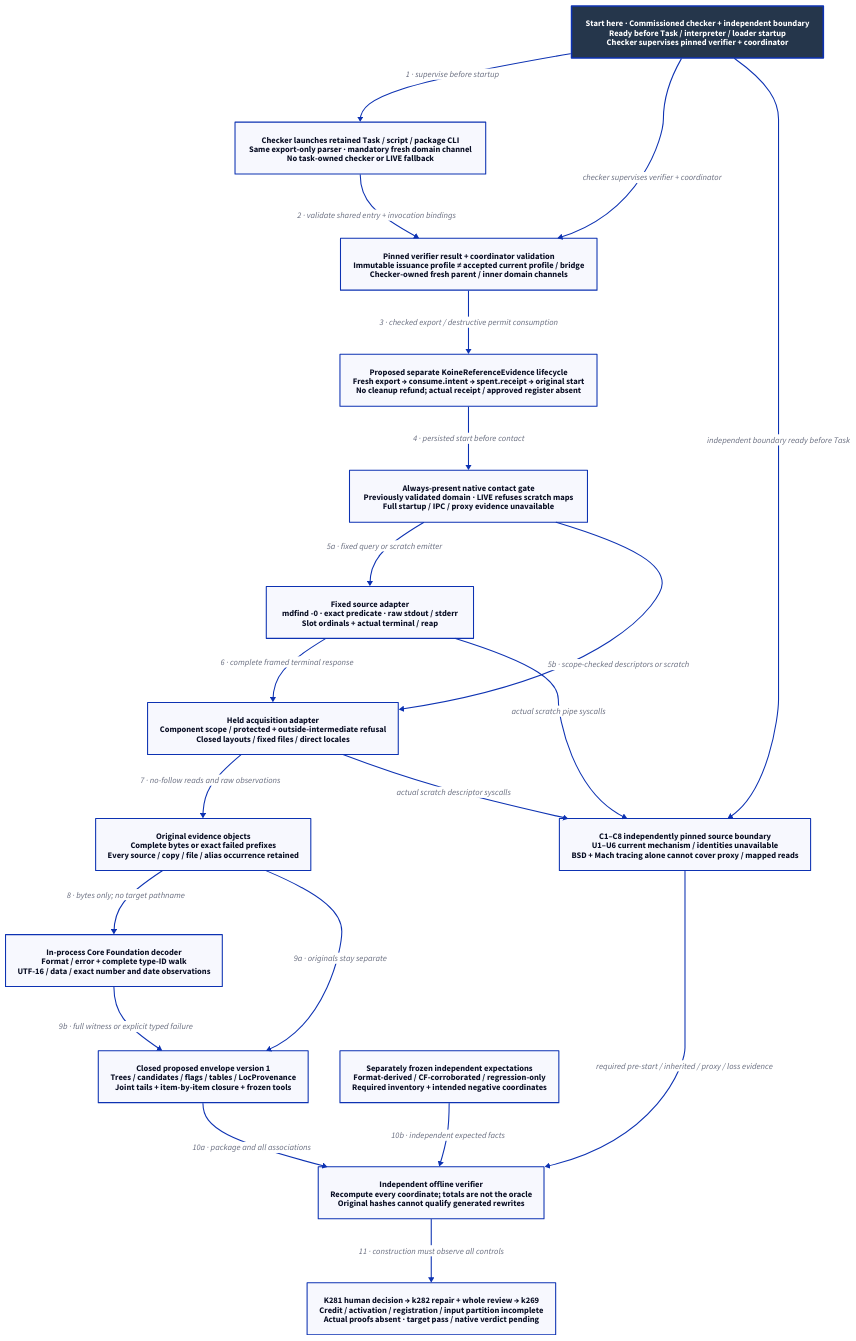
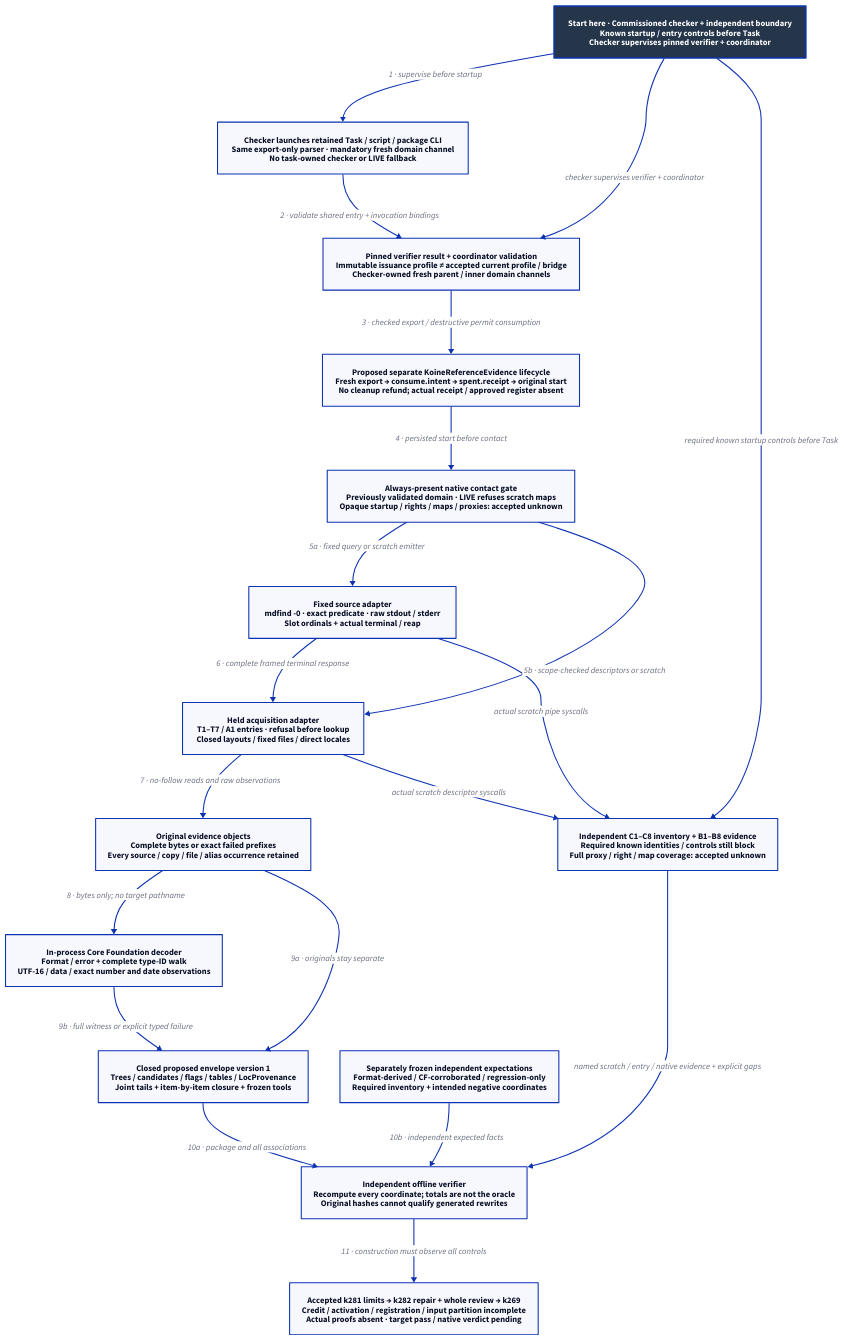
Before and after one commit to Linkuistics/Koine: the diagram in docs/design/architecture/native-reference-instrument.d2, drawn with D2. The commit also changed 31 other files, not shown here.

Commit message:
Apply bounded contact evidence and closed pre-lookup refusals (reference-evidence-prelookup-claims-k284)

```diff
--- a/docs/design/architecture/native-reference-instrument.d2
+++ b/docs/design/architecture/native-reference-instrument.d2
@@ -1,38 +1,38 @@
 # Proposed evidence-tool components; none is implemented or qualified by this design.
 direction: down
 classes: {
   start: {style: {fill: "#25364B"; font-color: "#FFFFFF"; bold: true; stroke-width: 3}}
 }
-Start: "Start here · Commissioned checker + independent boundary\nReady before Task / interpreter / loader startup\nChecker supervises pinned verifier + coordinator" {class: start}
+Start: "Start here · Commissioned checker + independent boundary\nKnown startup / entry controls before Task\nChecker supervises pinned verifier + coordinator" {class: start}
 Task: "Checker launches retained Task / script / package CLI\nSame export-only parser · mandatory fresh domain channel\nNo task-owned checker or LIVE fallback"
 Admission: "Pinned verifier result + coordinator validation\nImmutable issuance profile ≠ accepted current profile / bridge\nChecker-owned fresh parent / inner domain channels"
 Authority: "Proposed separate KoineReferenceEvidence lifecycle\nFresh export → consume.intent → spent.receipt → original start\nNo cleanup refund; actual receipt / approved register absent"
-Gate: "Always-present native contact gate\nPreviously validated domain · LIVE refuses scratch maps\nFull startup / IPC / proxy evidence unavailable"
+Gate: "Always-present native contact gate\nPreviously validated domain · LIVE refuses scratch maps\nOpaque startup / rights / maps / proxies: accepted unknown"
 Source: "Fixed source adapter\nmdfind -0 · exact predicate · raw stdout / stderr\nSlot ordinals + actual terminal / reap"
-Held: "Held acquisition adapter\nComponent scope / protected + outside-intermediate refusal\nClosed layouts / fixed files / direct locales"
+Held: "Held acquisition adapter\nT1–T7 / A1 entries · refusal before lookup\nClosed layouts / fixed files / direct locales"
 Objects: "Original evidence objects\nComplete bytes or exact failed prefixes\nEvery source / copy / file / alias occurrence retained"
 Decoder: "In-process Core Foundation decoder\nFormat / error + complete type-ID walk\nUTF-16 / data / exact number and date observations"
 Envelope: "Closed proposed envelope version 1\nTrees / candidates / flags / tables / LocProvenance\nJoint tails + item-by-item closure + frozen tools"
 Oracle: "Separately frozen independent expectations\nFormat-derived / CF-corroborated / regression-only\nRequired inventory + intended negative coordinates"
-Observer: "C1–C8 independently pinned source boundary\nU1–U6 current mechanism / identities unavailable\nBSD + Mach tracing alone cannot cover proxy / mapped reads"
+Observer: "Independent C1–C8 inventory + B1–B8 evidence\nRequired known identities / controls still block\nFull proxy / right / map coverage: accepted unknown"
 Verifier: "Independent offline verifier\nRecompute every coordinate; totals are not the oracle\nOriginal hashes cannot qualify generated rewrites"
-Boundary: "K281 human decision → k282 repair + whole review → k269\nCredit / activation / registration / input partition incomplete\nActual proofs absent · target pass / native verdict pending"
+Boundary: "Accepted k281 limits → k282 repair + whole review → k269\nCredit / activation / registration / input partition incomplete\nActual proofs absent · target pass / native verdict pending"
 Start -> Task: "1 · supervise before startup"
 Start -> Admission: "checker supervises verifier + coordinator"
-Start -> Observer: "independent boundary ready before Task"
+Start -> Observer: "required known startup controls before Task"
 Task -> Admission: "2 · validate shared entry + invocation bindings"
 Admission -> Authority: "3 · checked export / destructive permit consumption"
 Authority -> Gate: "4 · persisted start before contact"
 Gate -> Source: "5a · fixed query or scratch emitter"
 Gate -> Held: "5b · scope-checked descriptors or scratch"
 Source -> Held: "6 · complete framed terminal response"
 Held -> Objects: "7 · no-follow reads and raw observations"
 Objects -> Decoder: "8 · bytes only; no target pathname"
 Objects -> Envelope: "9a · originals stay separate"
 Decoder -> Envelope: "9b · full witness or explicit typed failure"
 Envelope -> Verifier: "10a · package and all associations"
 Oracle -> Verifier: "10b · independent expected facts"
 Source -> Observer: "actual scratch pipe syscalls"
 Held -> Observer: "actual scratch descriptor syscalls"
-Observer -> Verifier: "required pre-start / inherited / proxy / loss evidence"
+Observer -> Verifier: "named scratch / entry / native evidence + explicit gaps"
 Verifier -> Boundary: "11 · construction must observe all controls"
```
